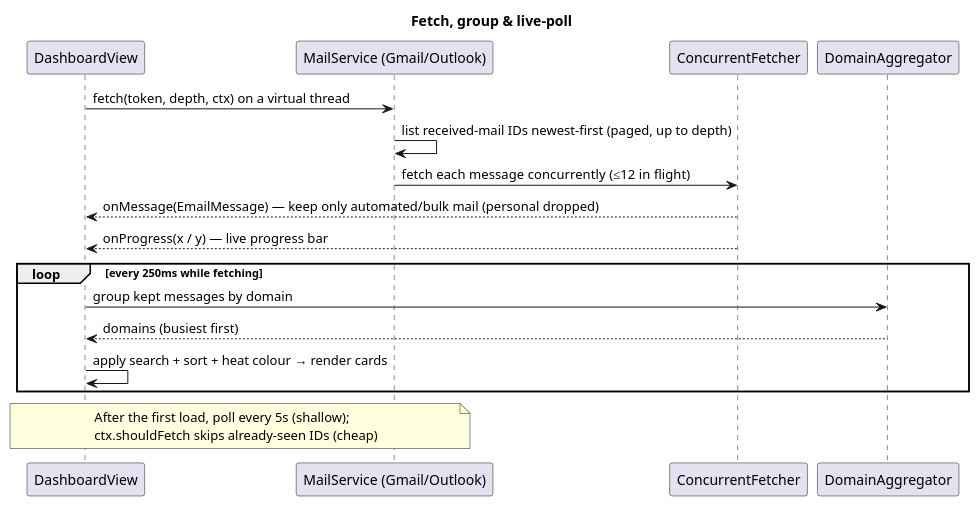
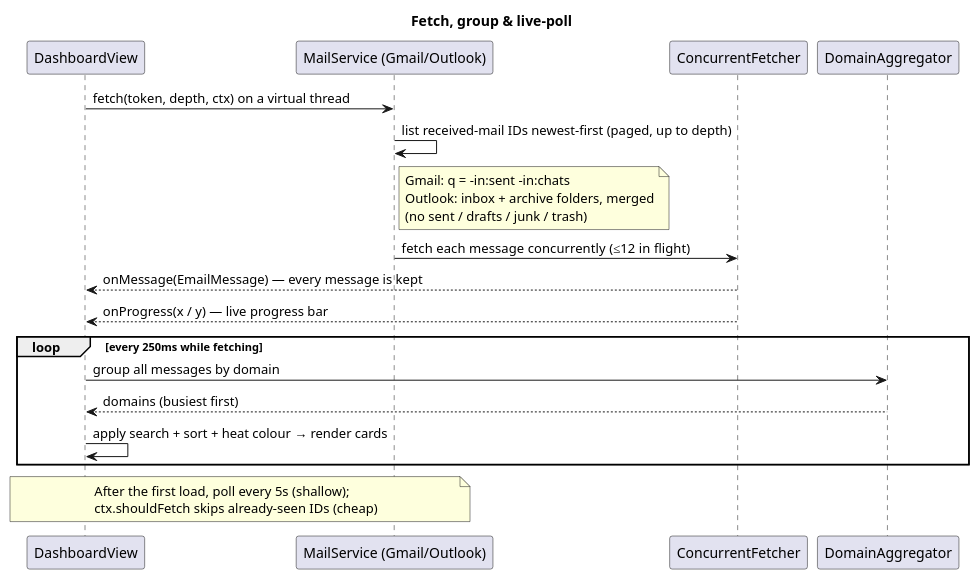
The diagram in docs/flow-fetch.puml (mariusdotspinu/UnsubscribeOS), drawn with PlantUML before and after one commit. The commit also changed 13 other files, not shown here.

```diff
--- a/docs/flow-fetch.puml
+++ b/docs/flow-fetch.puml
@@ -1,23 +1,28 @@
 @startuml flow-fetch
 title Fetch, group & live-poll
 skinparam shadowing false
 participant DashboardView as D
 participant "MailService (Gmail/Outlook)" as M
 participant ConcurrentFetcher as F
 participant DomainAggregator as G
 
 D -> M : fetch(token, depth, ctx) on a virtual thread
 M -> M : list received-mail IDs newest-first (paged, up to depth)
+note right of M
+  Gmail: q = -in:sent -in:chats
+  Outlook: inbox + archive folders, merged
+  (no sent / drafts / junk / trash)
+end note
 M -> F : fetch each message concurrently (≤12 in flight)
-F --> D : onMessage(EmailMessage) — keep only automated/bulk mail (personal dropped)
+F --> D : onMessage(EmailMessage) — every message is kept
 F --> D : onProgress(x / y) — live progress bar
 loop every 250ms while fetching
-  D -> G : group kept messages by domain
+  D -> G : group all messages by domain
   G --> D : domains (busiest first)
   D -> D : apply search + sort + heat colour → render cards
 end
 note over D, M
   After the first load, poll every 5s (shallow);
   ctx.shouldFetch skips already-seen IDs (cheap)
 end note
 @enduml
```
